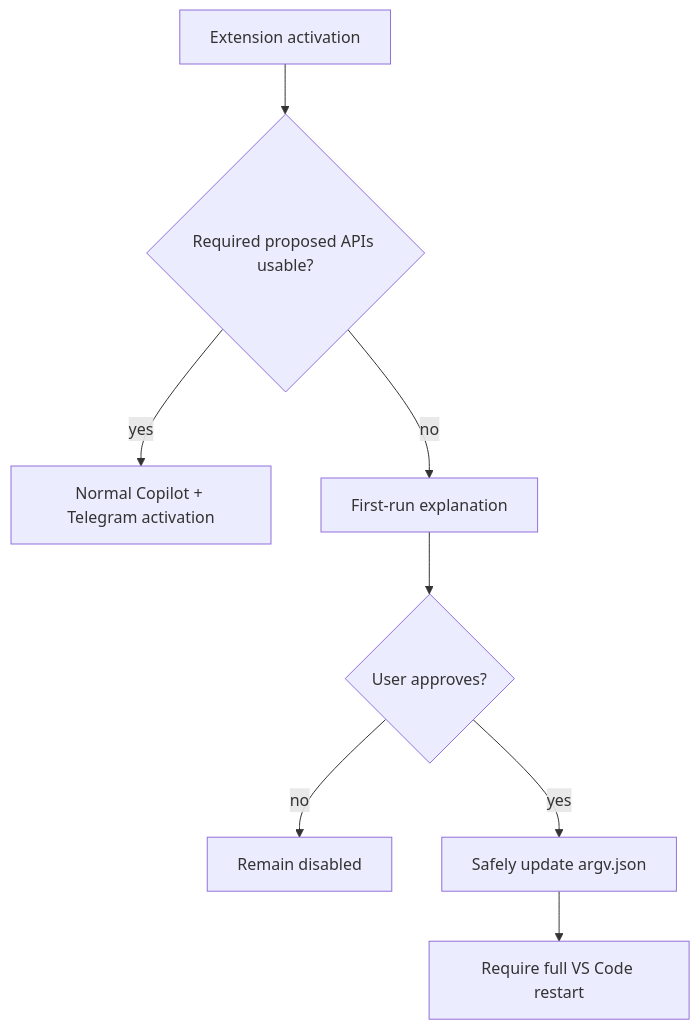
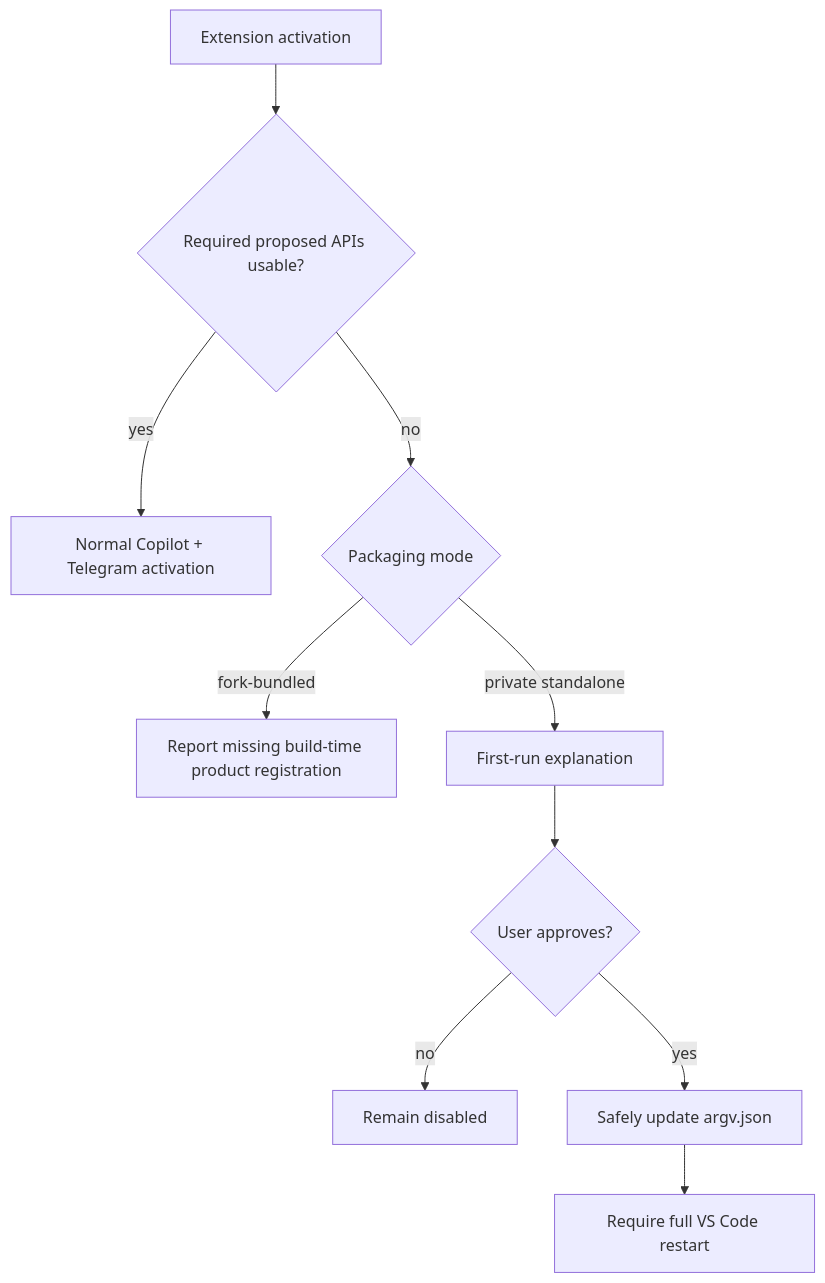
One commit to SachiHarshitha/vscode-telegram changed the fifth of 5 diagrams in extensions/copilot/docs/telegram-remote/ARCHITECTURE.md. Above: the diagram before and after it, drawn with Mermaid. The commit also changed other lines of this file and 9 other files, not shown here.

````diff
--- a/extensions/copilot/docs/telegram-remote/ARCHITECTURE.md
+++ b/extensions/copilot/docs/telegram-remote/ARCHITECTURE.md
@@ -420,10 +425,12 @@
 ```mermaid
 flowchart TD
     A[Extension activation] --> B{Required proposed APIs usable?}
     B -->|yes| C[Normal Copilot + Telegram activation]
-    B -->|no| D[First-run explanation]
-    D --> E{User approves?}
-    E -->|no| F[Remain disabled]
-    E -->|yes| G[Safely update argv.json]
-    G --> H[Require full VS Code restart]
+    B -->|no| D{Packaging mode}
+    D -->|fork-bundled| E[Report missing build-time product registration]
+    D -->|private standalone| F[First-run explanation]
+    F --> G{User approves?}
+    G -->|no| H[Remain disabled]
+    G -->|yes| I[Safely update argv.json]
+    I --> J[Require full VS Code restart]
 ```
````
